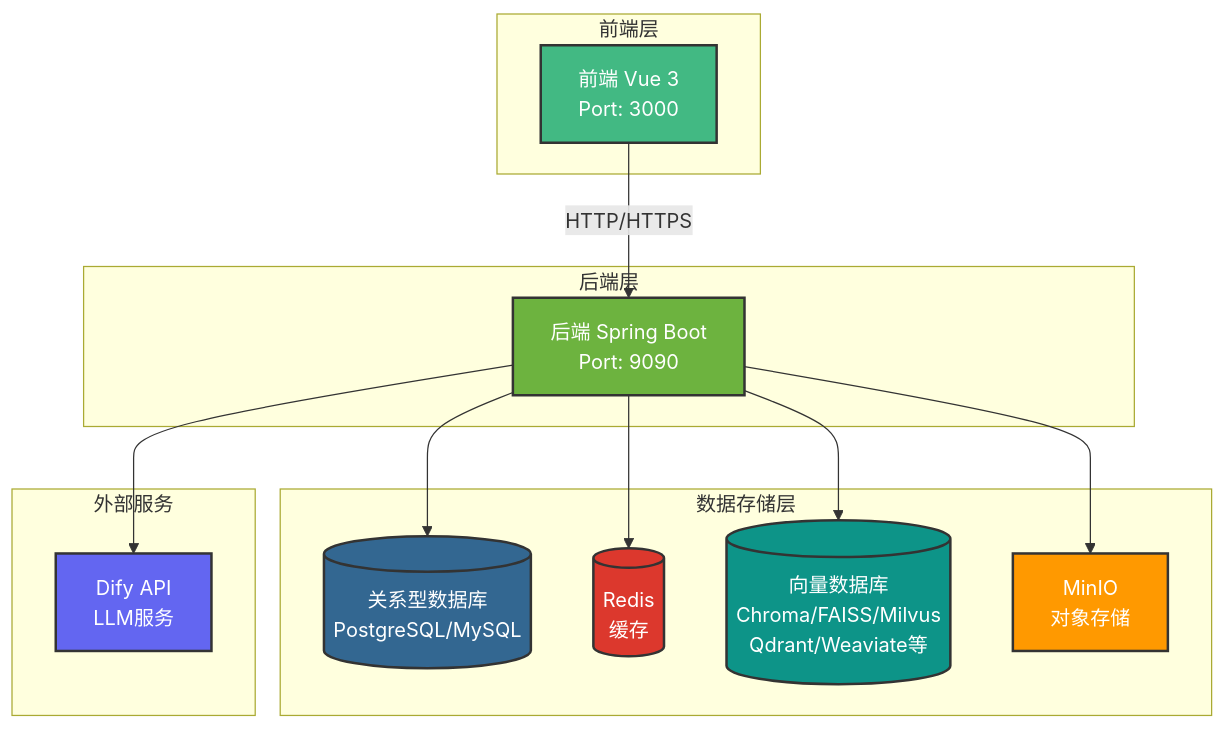
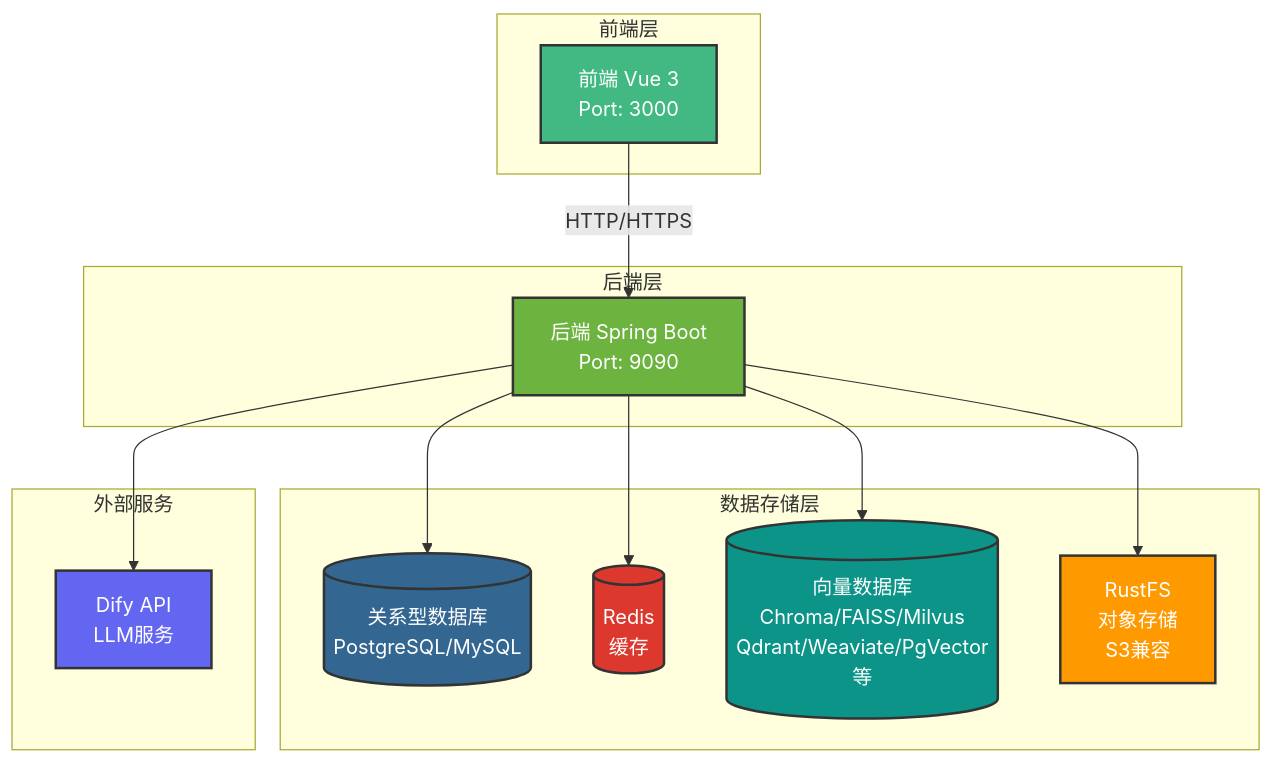
The first of 3 diagrams in README.md (NanoAgentCode/DifyApp), drawn with Mermaid before and after one commit. The commit also changed other lines of this file and 5 other files, not shown here.

````diff
--- a/README.md
+++ b/README.md
@@ -121,36 +131,36 @@
 ```mermaid
 graph TB
     subgraph "前端层"
         Frontend[前端 Vue 3<br/>Port: 3000]
     end
     
     subgraph "后端层"
         Backend[后端 Spring Boot<br/>Port: 9090]
     end
     
     subgraph "数据存储层"
         DB[(关系型数据库<br/>PostgreSQL/MySQL)]
         Redis[(Redis<br/>缓存)]
-        VectorDB[(向量数据库<br/>Chroma/FAISS/Milvus<br/>Qdrant/Weaviate等)]
-        MinIO[MinIO<br/>对象存储]
+        VectorDB[(向量数据库<br/>Chroma/FAISS/Milvus<br/>Qdrant/Weaviate/PgVector等)]
+        RustFS[RustFS<br/>对象存储<br/>S3兼容]
     end
     
     subgraph "外部服务"
         DifyAPI[Dify API<br/>LLM服务]
     end
     
     Frontend -->|HTTP/HTTPS| Backend
     Backend --> DB
     Backend --> Redis
     Backend --> VectorDB
-    Backend --> MinIO
+    Backend --> RustFS
     Backend --> DifyAPI
     
     style Frontend fill:#42b983,stroke:#333,stroke-width:2px,color:#fff
     style Backend fill:#6db33f,stroke:#333,stroke-width:2px,color:#fff
     style DB fill:#336791,stroke:#333,stroke-width:2px,color:#fff
     style Redis fill:#dc382d,stroke:#333,stroke-width:2px,color:#fff
     style VectorDB fill:#0d9488,stroke:#333,stroke-width:2px,color:#fff
-    style MinIO fill:#ff9900,stroke:#333,stroke-width:2px,color:#fff
+    style RustFS fill:#ff9900,stroke:#333,stroke-width:2px,color:#fff
     style DifyAPI fill:#6366f1,stroke:#333,stroke-width:2px,color:#fff
 ```
````
